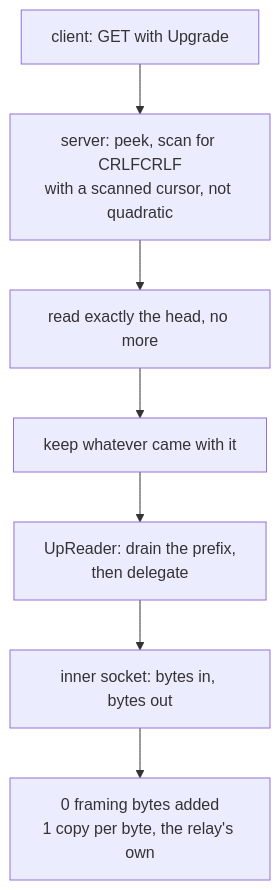
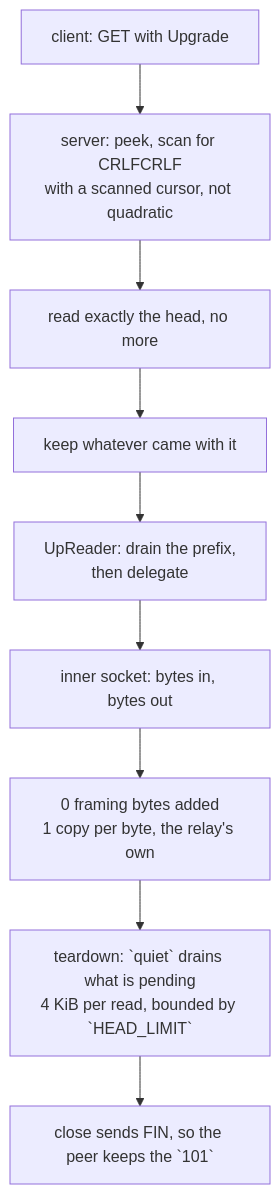
One commit to Ferrocite/ferrox changed the diagram in docs/function/carrier-httpupgrade.md. Above: the diagram before and after it, drawn with Mermaid. The commit also changed other lines of this file and 2 other files, not shown here.

Commit message:
httpupgrade: drain before the close, so the peer keeps the answer it was already sent

````diff
--- a/docs/function/carrier-httpupgrade.md
+++ b/docs/function/carrier-httpupgrade.md
@@ -22,9 +48,11 @@
 ```mermaid
 graph TD
     C["client: GET with Upgrade"] --> S["server: peek, scan for CRLFCRLF<br/>with a scanned cursor, not quadratic"]
     S --> R["read exactly the head, no more"]
     R --> P["keep whatever came with it"]
     P --> X["UpReader: drain the prefix,<br/>then delegate"]
     X --> B["inner socket: bytes in, bytes out"]
     B --> Z["0 framing bytes added<br/>1 copy per byte, the relay's own"]
+    Z --> Q["teardown: `quiet` drains what is pending<br/>4 KiB per read, bounded by `HEAD_LIMIT`"]
+    Q --> F["close sends FIN, so the peer keeps the `101`"]
 ```
````
